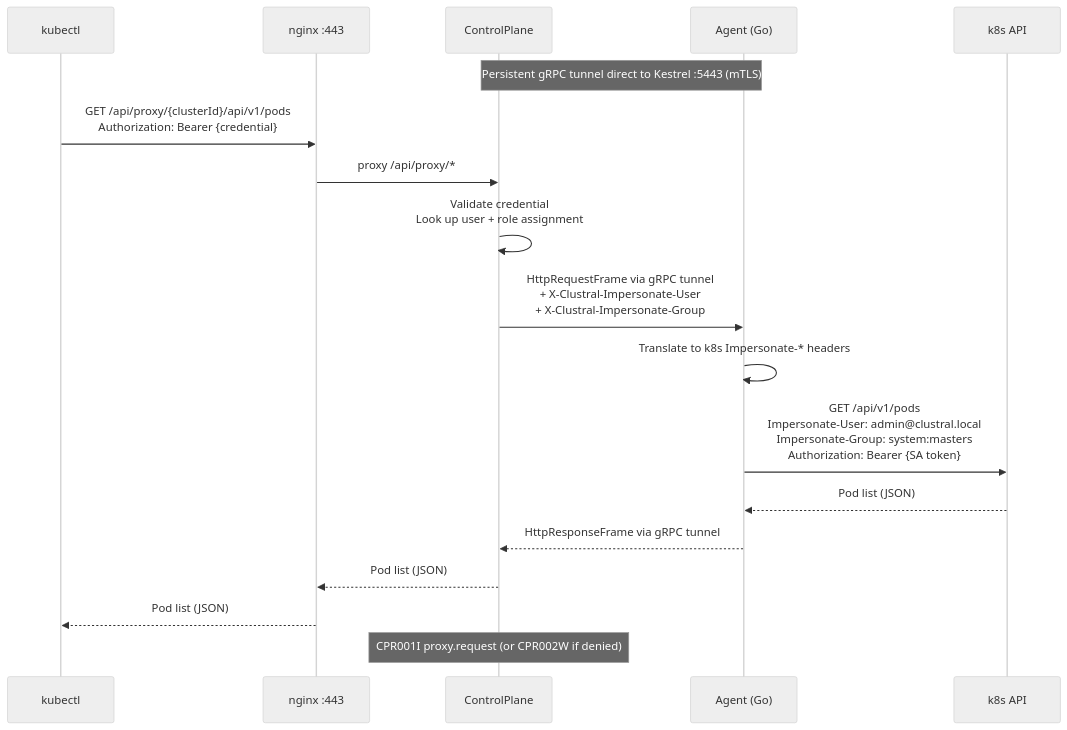
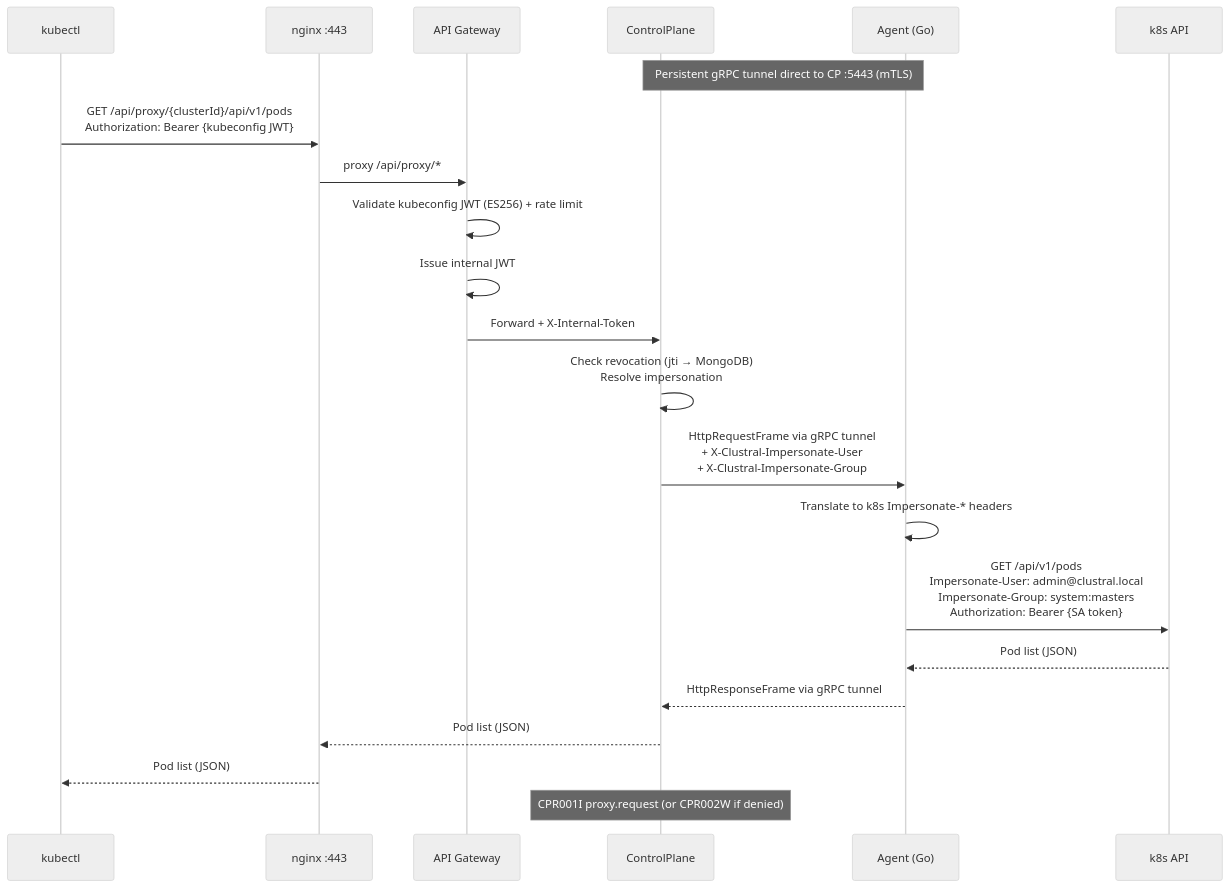
One commit to Clustral/clustral changed the third of 19 diagrams in README.md. Above: the diagram before and after it, drawn with Mermaid (neutral theme). The commit also changed other lines of this file and 67 other files, not shown here.

First line of the commit message:
feat: add YARP API Gateway with centralized OIDC + internal JWT auth (#10)

````diff
--- a/README.md
+++ b/README.md
@@ -103,22 +111,26 @@
 ```mermaid
 sequenceDiagram
     participant kubectl
     participant NGX as nginx :443
+    participant GW as API Gateway
     participant CP as ControlPlane
     participant Agent as Agent (Go)
     participant K8S as k8s API
 
-    Note over Agent,CP: Persistent gRPC tunnel direct to Kestrel :5443 (mTLS)
+    Note over Agent,CP: Persistent gRPC tunnel direct to CP :5443 (mTLS)
 
-    kubectl->>NGX: GET /api/proxy/{clusterId}/api/v1/pods<br/>Authorization: Bearer {credential}
-    NGX->>CP: proxy /api/proxy/*
-    CP->>CP: Validate credential<br/>Look up user + role assignment
+    kubectl->>NGX: GET /api/proxy/{clusterId}/api/v1/pods<br/>Authorization: Bearer {kubeconfig JWT}
+    NGX->>GW: proxy /api/proxy/*
+    GW->>GW: Validate kubeconfig JWT (ES256) + rate limit
+    GW->>GW: Issue internal JWT
+    GW->>CP: Forward + X-Internal-Token
+    CP->>CP: Check revocation (jti → MongoDB)<br/>Resolve impersonation
     CP->>Agent: HttpRequestFrame via gRPC tunnel<br/>+ X-Clustral-Impersonate-User<br/>+ X-Clustral-Impersonate-Group
     Agent->>Agent: Translate to k8s Impersonate-* headers
     Agent->>K8S: GET /api/v1/pods<br/>Impersonate-User: admin@clustral.local<br/>Impersonate-Group: system:masters<br/>Authorization: Bearer {SA token}
     K8S-->>Agent: Pod list (JSON)
     Agent-->>CP: HttpResponseFrame via gRPC tunnel
     CP-->>NGX: Pod list (JSON)
     NGX-->>kubectl: Pod list (JSON)
     Note over CP: CPR001I proxy.request (or CPR002W if denied)
 ```
````
